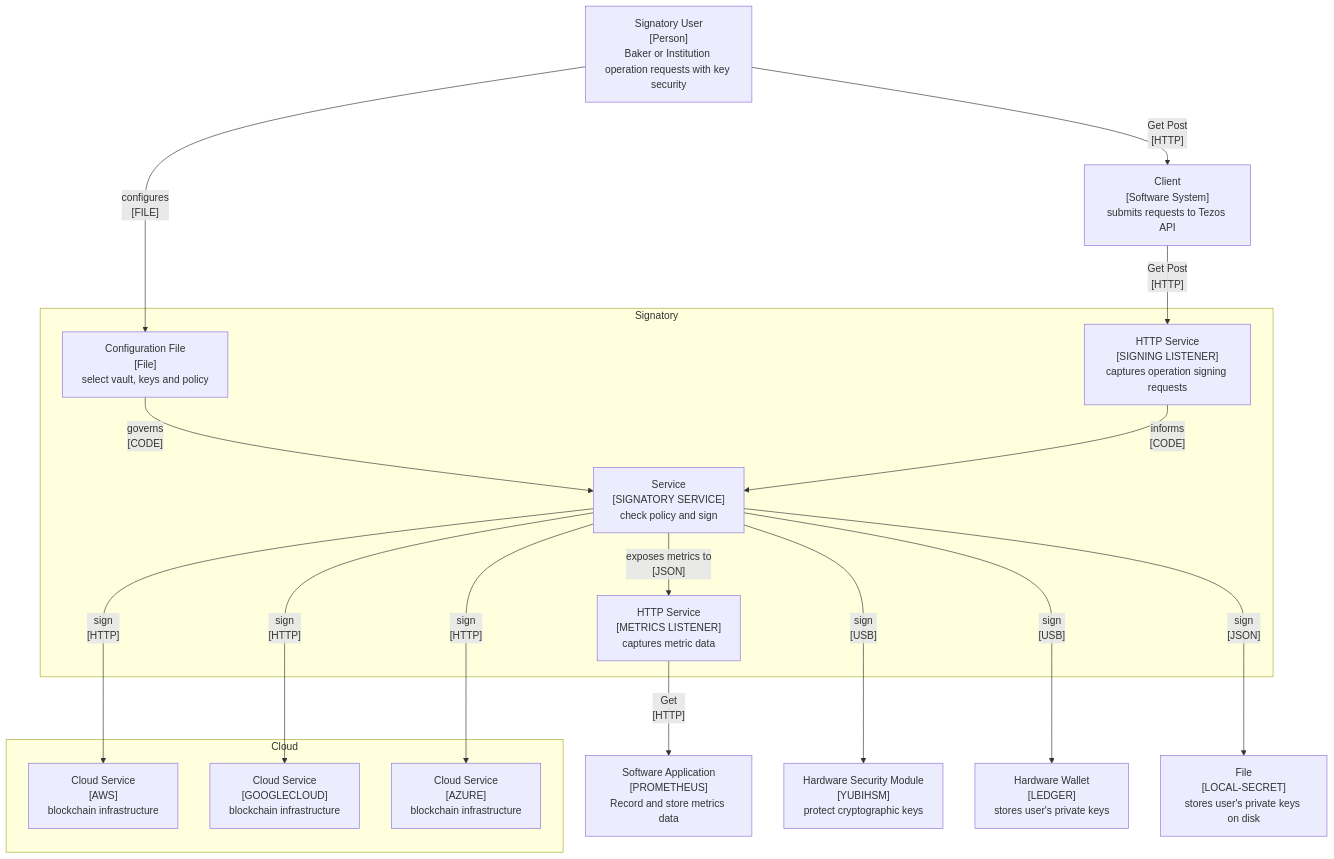
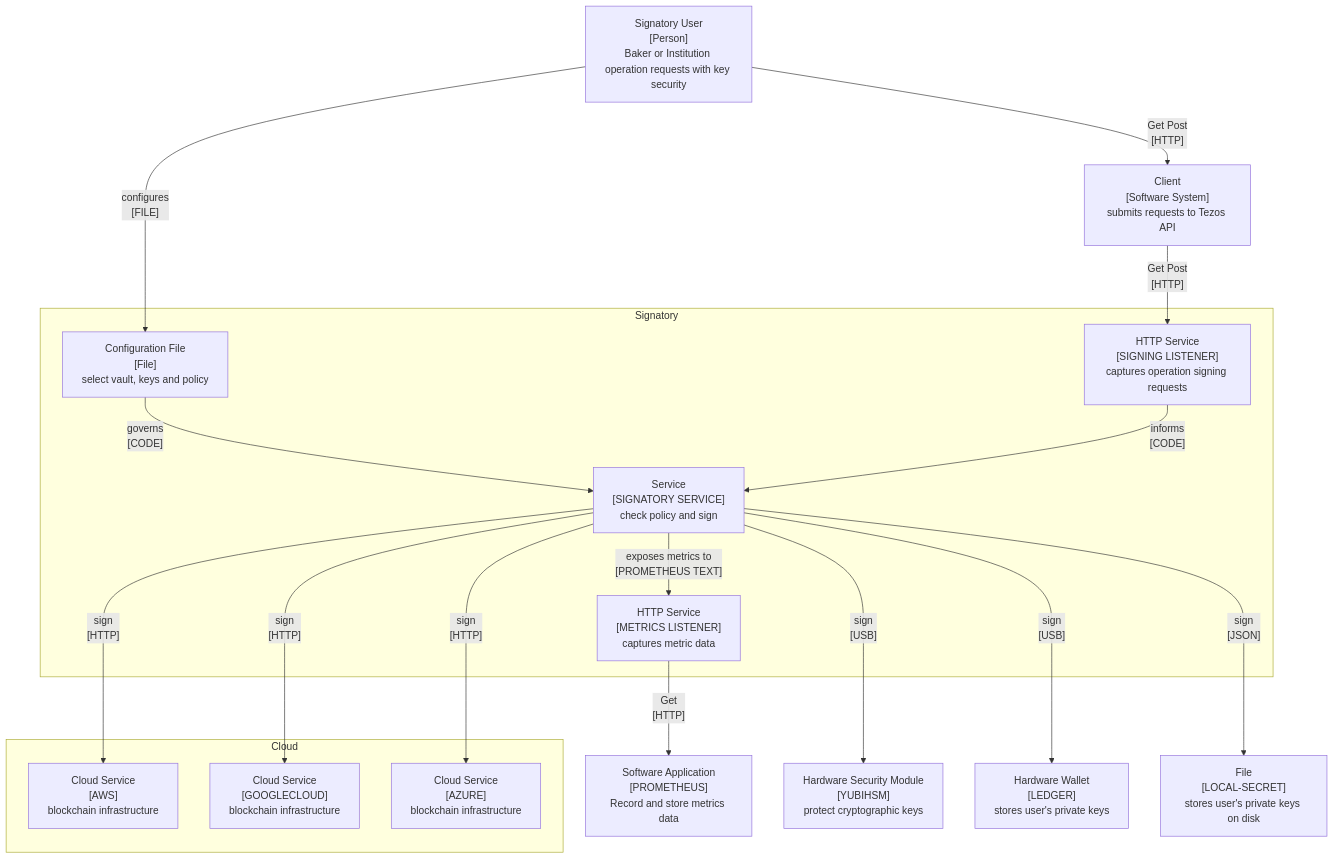
One commit to ecadlabs/signatory changed the second of 5 diagrams in docs/signatory-architecture.md. Above: the diagram before and after it, drawn with Mermaid. The commit also changed 7 other files, not shown here.

````diff
--- a/docs/signatory-architecture.md
+++ b/docs/signatory-architecture.md
@@ -40,54 +40,54 @@
 ```mermaid
 flowchart TD
 User["Signatory User<br>[Person]<br>Baker or Institution operation requests with key security"]
 
 CFG["Configuration File<br>[File]<br>select vault, keys and policy"]
 
 OC["Client<br>[Software System]<br>submits requests to Tezos API"]
 
 P["Software Application<br>[PROMETHEUS]<br>Record and store metrics data"]
 
 SL["HTTP Service<br>[SIGNING LISTENER]<br>captures operation signing requests"]
 
 ML["HTTP Service<br>[METRICS LISTENER]<br>captures metric data"]
 
 SIG["Service<br>[SIGNATORY SERVICE]<br>check policy and sign"]
 
 Y["Hardware Security Module<br>[YUBIHSM]<br>protect cryptographic keys"]
 
 L["Hardware Wallet<br>[LEDGER]<br>stores user's private keys"]
 
 LS["File<br>[LOCAL-SECRET]<br>stores user's private keys on disk"]
 
 AWS["Cloud Service<br>[AWS]<br>blockchain infrastructure"]
 
 G["Cloud Service<br>[GOOGLECLOUD]<br>blockchain infrastructure"]
 
 A["Cloud Service<br>[AZURE]<br>blockchain infrastructure"]
 
 
 User-- "Get Post <br>[HTTP]"-->OC
 User-- "configures<br>[FILE]"-->CFG
 OC-- "Get Post <br>[HTTP]"-->SL
 ML-- "Get<br>[HTTP]" -->P
 
 subgraph Signatory[Signatory]
-SIG--"exposes metrics to<br>[JSON]" -->ML
+SIG--"exposes metrics to<br>[PROMETHEUS TEXT]" -->ML
 CFG-- "governs<br>[CODE]"-->SIG
 SL-- "informs<br>[CODE]" -->SIG
 end
 
 SIG-- "sign<br>[USB]" --->L
 SIG-- "sign<br>[JSON]" --->LS
 SIG-- "sign<br>[USB]" --->Y
 
 subgraph Cloud[Cloud]
 SIG-- "sign<br>[HTTP]" ---> AWS
 SIG-- "sign<br>[HTTP]" ---> G
 SIG-- "sign<br>[HTTP]" ---> A
 end
 
 
 
 
 ```
````
